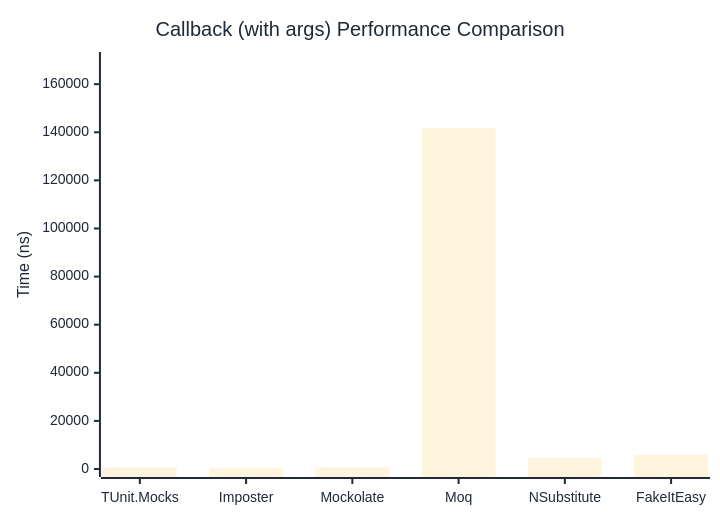
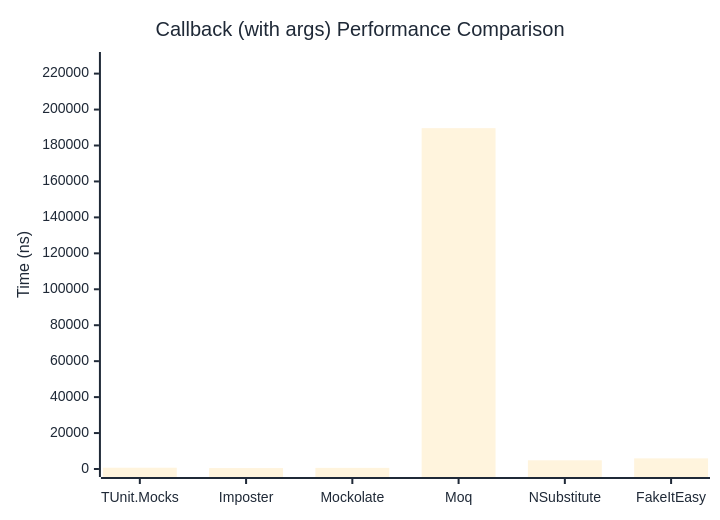
One commit to thomhurst/TUnit changed the second of 2 diagrams in docs/docs/benchmarks/mocks/Callback.md. Above: the diagram before and after it, drawn with Mermaid. The commit also changed other lines of this file and 14 other files, not shown here.

````diff
--- a/docs/docs/benchmarks/mocks/Callback.md
+++ b/docs/docs/benchmarks/mocks/Callback.md
@@ -69,27 +69,27 @@
 ```mermaid
 %%{init: {
   'theme':'base',
   'themeVariables': {
     'primaryColor': '#2563eb',
     'primaryTextColor': '#1f2937',
     'primaryBorderColor': '#1e40af',
     'lineColor': '#6b7280',
     'secondaryColor': '#7c3aed',
     'tertiaryColor': '#dc2626',
     'background': '#ffffff',
     'pie1': '#2563eb',
     'pie2': '#7c3aed',
     'pie3': '#dc2626',
     'pie4': '#f59e0b',
     'pie5': '#10b981',
     'pie6': '#06b6d4',
     'pie7': '#ec4899',
     'pie8': '#6366f1'
   }
 }}%%
 xychart-beta
   title "Callback (with args) Performance Comparison"
   x-axis ["TUnit.Mocks", "Imposter", "Mockolate", "Moq", "NSubstitute", "FakeItEasy"]
-  y-axis "Time (ns)" 0 --> 170043
-  bar [703.7, 538.8, 669.6, 141701.8, 4627, 5934.1]
+  y-axis "Time (ns)" 0 --> 227575
+  bar [704.2, 513.4, 631.1, 189645.5, 4844.3, 5914]
 ```
````
